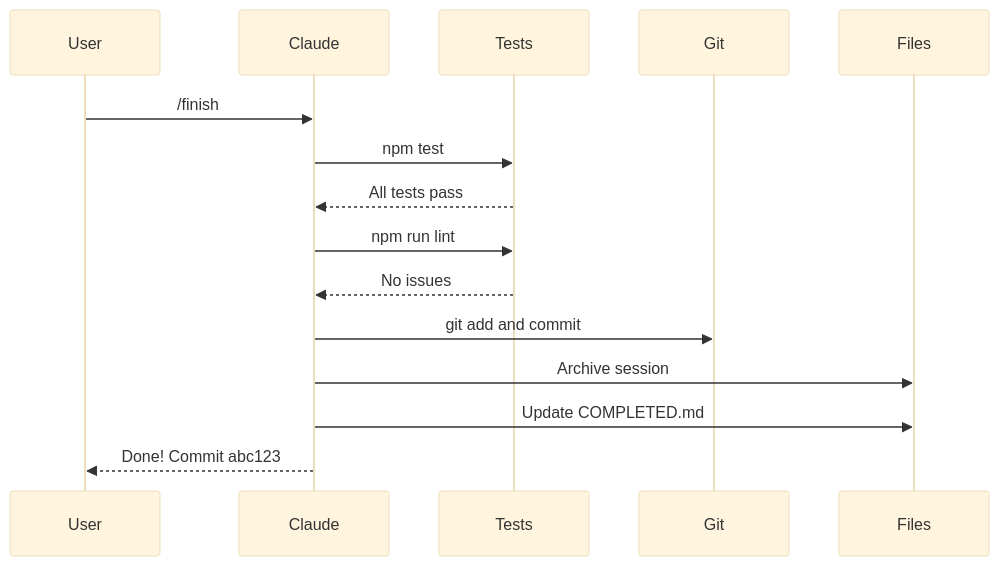
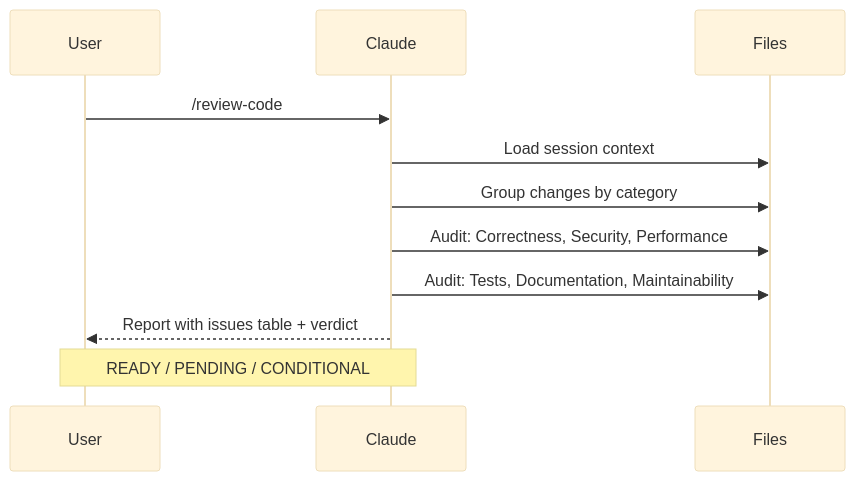
One commit to brujoh88/workflowIA changed the third of 6 diagrams in README.md. Above: the diagram before and after it, drawn with Mermaid (base theme). The commit also changed other lines of this file and 23 other files, not shown here.

````diff
--- a/README.md
+++ b/README.md
@@ -107,18 +132,14 @@
 ```mermaid
 sequenceDiagram
     participant U as User
     participant C as Claude
-    participant T as Tests
-    participant G as Git
     participant F as Files
 
-    U->>C: /finish
-    C->>T: npm test
-    T-->>C: All tests pass
-    C->>T: npm run lint
-    T-->>C: No issues
-    C->>G: git add and commit
-    C->>F: Archive session
-    C->>F: Update COMPLETED.md
-    C-->>U: Done! Commit abc123
+    U->>C: /review-code
+    C->>F: Load session context
+    C->>F: Group changes by category
+    C->>F: Audit: Correctness, Security, Performance
+    C->>F: Audit: Tests, Documentation, Maintainability
+    C-->>U: Report with issues table + verdict
+    Note over U,C: READY / PENDING / CONDITIONAL
 ```
````
